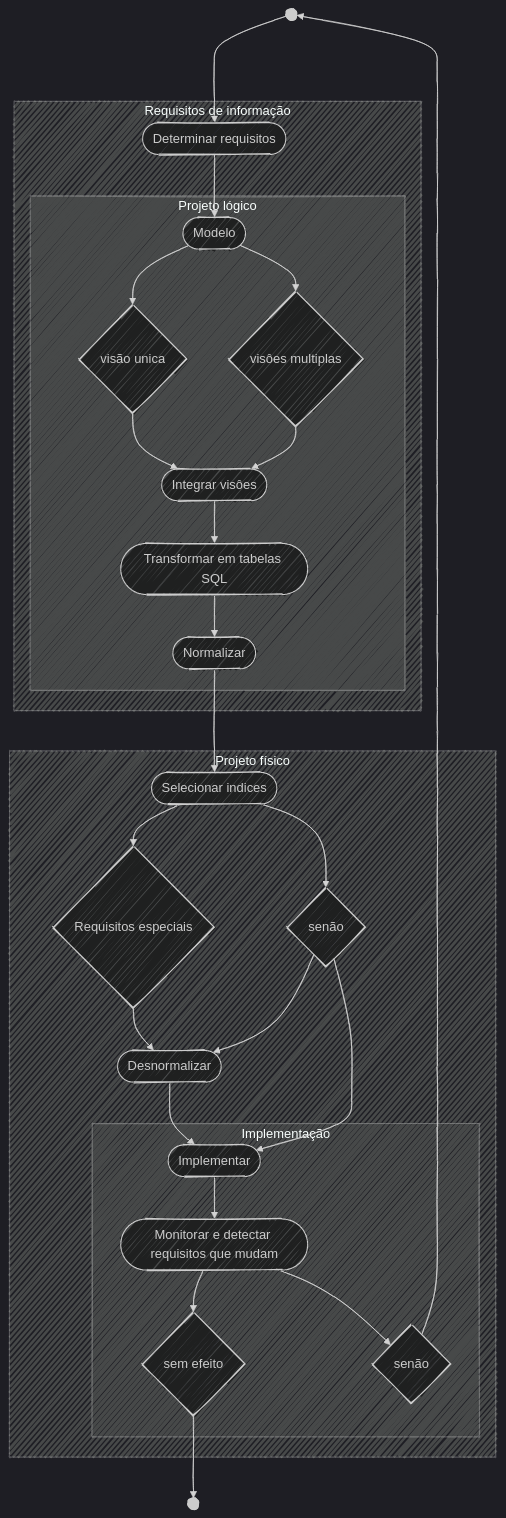
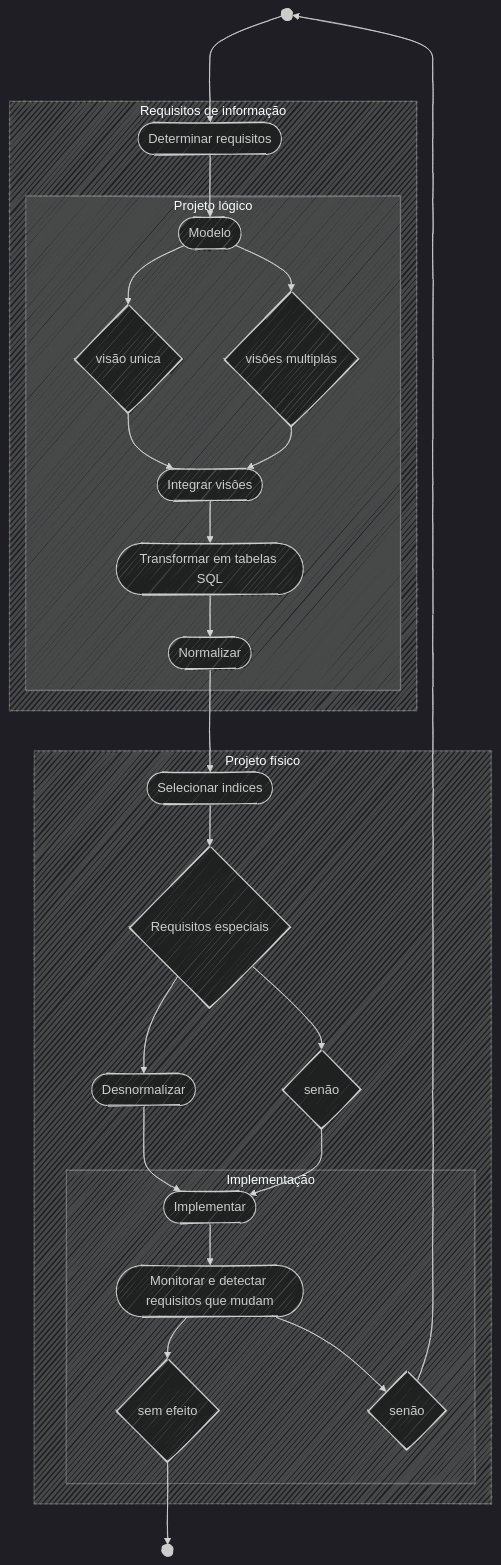
One commit to mgomesdev/projeto-e-modelagem-de-banco-de-dados changed the diagram in introducao/INTRODUCAO/ciclo-de-vida-bd.mmd. Above: the diagram before and after it, drawn with Mermaid.

Commit message:
fix: corrige o diagrama

```diff
--- a/introducao/INTRODUCAO/ciclo-de-vida-bd.mmd
+++ b/introducao/INTRODUCAO/ciclo-de-vida-bd.mmd
@@ -1,63 +1,62 @@
 ---
 config:
     theme: dark
     look: handDrawn
     title: O ciclo de vida do banco de dados
 ---
 flowchart TB
     inicio@{shape: f-circ}
     subgraph Requisitos de informação
     determinar-requisitos@{shape: stadium, label: "Determinar requisitos"}
 
     subgraph Projeto lógico
     modelo@{shape: stadium, label: "Modelo"}
     visao-unica@{shape: diamond, label: "visão unica"}
     visoes-multiplas@{shape: diamond, label: "visôes multiplas"}
     integrar-visoes@{shape: stadium, label: "Integrar visôes"}
     transformar-tabelas-sql@{shape: stadium, label: "Transformar em tabelas SQL"}
     normalizar@{shape: stadium, label: "Normalizar"}
     end    
     end
 
     subgraph Projeto físico
     selecionar-indices@{shape: stadium, label: "Selecionar indices"}
     requisitos-especiais-sim@{shape: diamond, label: "Requisitos especiais"}
     requisitos-especiais-nao@{shape: diamond, label: "senão"}
     desnormalizar@{shape: stadium, label: "Desnormalizar"}
 
     subgraph Implementação
     implementar@{shape: stadium, label: "Implementar"}
     monitorar-requisitos@{shape: stadium, label: "Monitorar e detectar requisitos que mudam"}
     requisitos-mudaram@{shape: diamond, label: "senão"}
     requisitos-nao-mudaram@{shape: diamond, label: "sem efeito"}
     end
     end
     fim@{shape: f-circ, label: "fim"}
 
     %% requisitos de informação %%
     inicio ---> determinar-requisitos
     determinar-requisitos --> modelo
 
     %% projeto lógico %%
     modelo --> visao-unica
     modelo --> visoes-multiplas
     visao-unica --> integrar-visoes
     visoes-multiplas --> integrar-visoes
     integrar-visoes --> transformar-tabelas-sql
     transformar-tabelas-sql --> normalizar
 
     %% projeto físico %%
     normalizar --> selecionar-indices
     selecionar-indices --> requisitos-especiais-sim
-    selecionar-indices --> requisitos-especiais-nao
     requisitos-especiais-sim --> desnormalizar
-    requisitos-especiais-nao --> desnormalizar
+    requisitos-especiais-sim --> requisitos-especiais-nao
 
     %% implementacao %%
     requisitos-especiais-nao --> implementar
     desnormalizar --> implementar
     implementar --> monitorar-requisitos
     monitorar-requisitos --> requisitos-nao-mudaram
     monitorar-requisitos --> requisitos-mudaram
     requisitos-mudaram --> inicio
     requisitos-nao-mudaram --> fim
```
